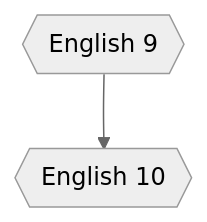
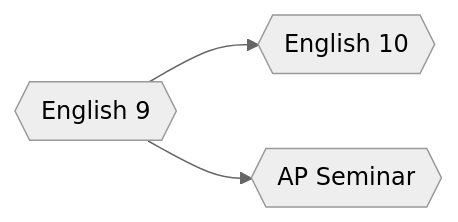
The diagram in content/course/english/_index.md (braskie/courseCatalog), drawn with Mermaid (neutral theme) before and after one commit. The commit also changed other lines of this file and 2 other files, not shown here.

Commit message:
add to flowchart

````diff
--- a/content/course/english/_index.md
+++ b/content/course/english/_index.md
@@ -8,8 +10,11 @@
 ```mermaid
-flowchart TD;
+flowchart LR;
     1213ENG{{English 9}}
     1220ENG{{English 10}}
+    1378ENG{{AP Seminar}}
+
 
     1213ENG-->1220ENG;
+    1213ENG-->1378ENG;
 
 ```
````
